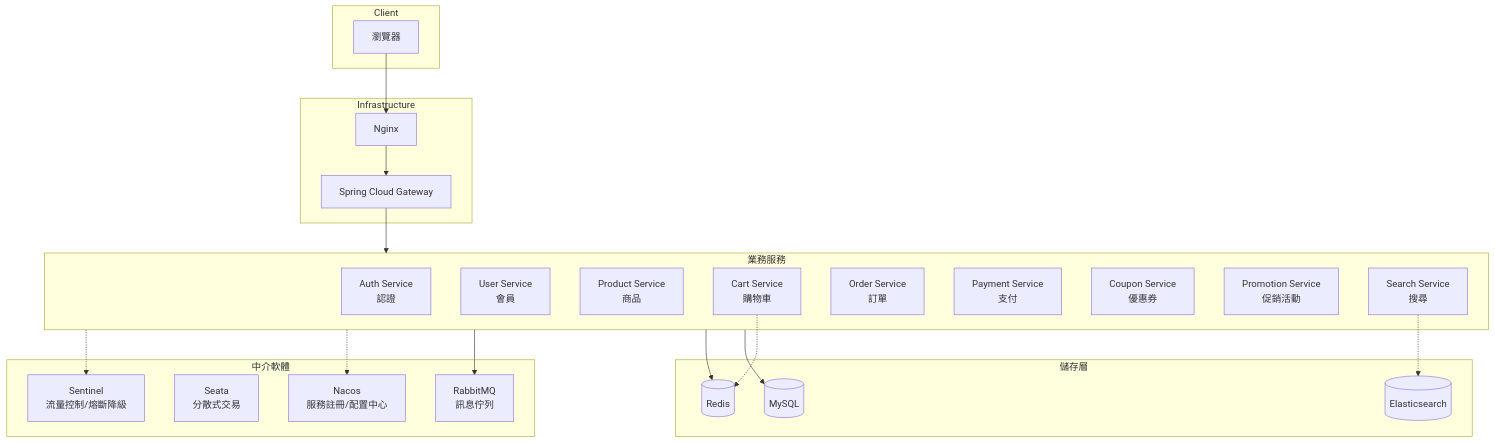
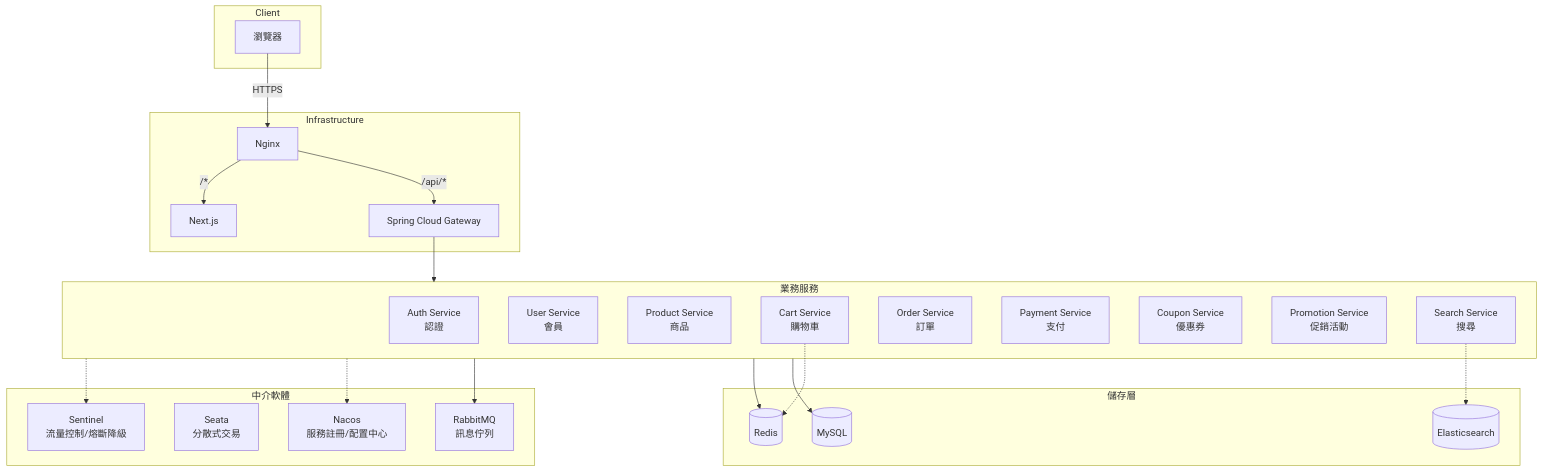
The first of 3 diagrams in README.md (IsAliveQwQ/Nameless-Mall), drawn with Mermaid before and after one commit. The commit also changed other lines of this file and 10 other files, not shown here.

````diff
--- a/README.md
+++ b/README.md
@@ -40,47 +40,49 @@
 ```mermaid
 graph TB
     subgraph Client
         Browser[瀏覽器]
     end
 
     subgraph Infrastructure
         Nginx[Nginx]
+        Frontend[Next.js]
         Gateway[Spring Cloud Gateway]
     end
 
     subgraph Services[業務服務]
         Auth[Auth Service<br/>認證]
         User[User Service<br/>會員]
         Product[Product Service<br/>商品]
         Cart[Cart Service<br/>購物車]
         Order[Order Service<br/>訂單]
         Payment[Payment Service<br/>支付]
         Coupon[Coupon Service<br/>優惠券]
         Promotion[Promotion Service<br/>促銷活動]
         Search[Search Service<br/>搜尋]
     end
 
     subgraph Middleware[中介軟體]
         Nacos[Nacos<br/>服務註冊/配置中心]
         Seata[Seata<br/>分散式交易]
         Sentinel[Sentinel<br/>流量控制/熔斷降級]
         RabbitMQ[RabbitMQ<br/>訊息佇列]
     end
 
     subgraph Storage[儲存層]
         MySQL[(MySQL)]
         Redis[(Redis)]
         ES[(Elasticsearch)]
     end
 
-    Browser --> Nginx
-    Nginx --> Gateway
+    Browser -- "HTTPS" --> Nginx
+    Nginx -- "/api/*" --> Gateway
+    Nginx -- "/*" --> Frontend
     Gateway --> Services
     Services --> MySQL
     Services --> Redis
     Cart -.-> Redis
     Search -.-> ES
     Services --> RabbitMQ
     Services -.-> Nacos
     Services -.-> Sentinel
 ```
````
